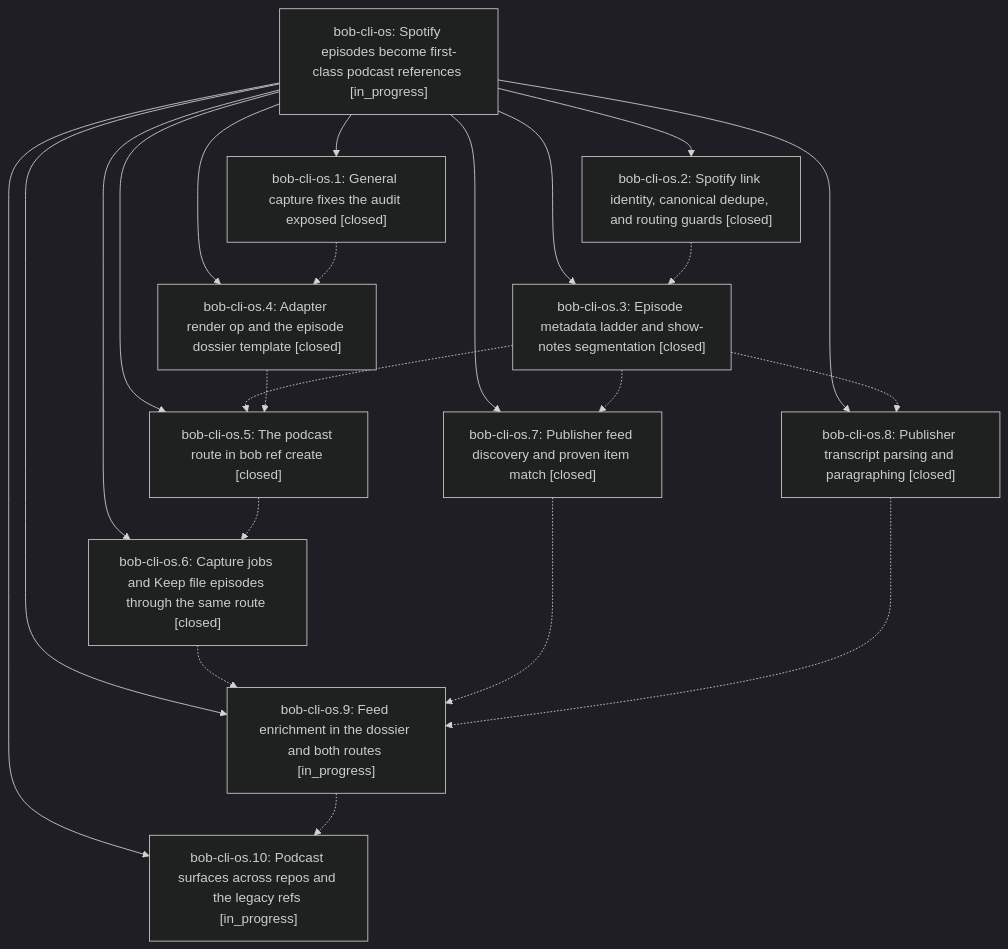
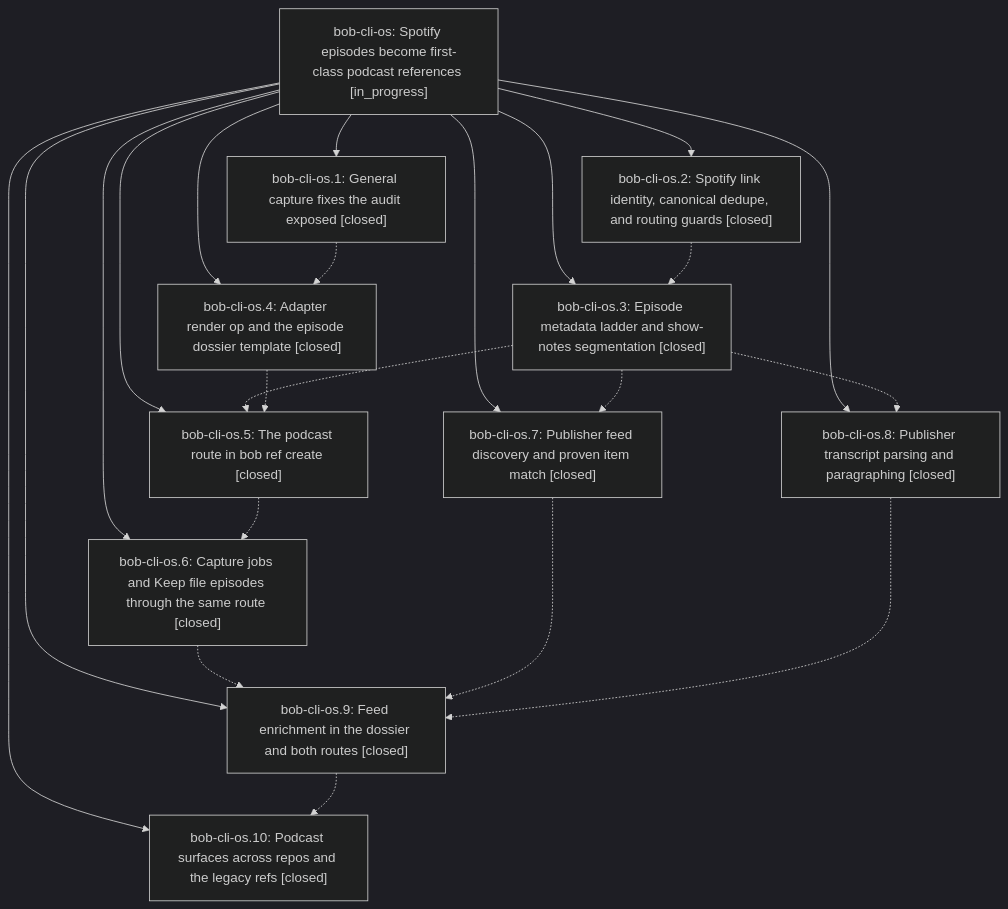
Before and after one commit to bobs-org/bob-cli--beads: the diagram in pages/bob-cli-os/README.md, drawn with Mermaid (dark theme). The commit also changed other lines of this file and 5 other files, not shown here.

First line of the commit message:
chore(beads): sync bead state and pages for bob-cli-os

````diff
--- a/pages/bob-cli-os/README.md
+++ b/pages/bob-cli-os/README.md
@@ -51,35 +51,35 @@
 ```mermaid
 flowchart TD
     n0["bob-cli-os: Spotify episodes become first-class podcast references [in_progress]"]
     n1["bob-cli-os.1: General capture fixes the audit exposed [closed]"]
-    n2["bob-cli-os.10: Podcast surfaces across repos and the legacy refs [in_progress]"]
+    n2["bob-cli-os.10: Podcast surfaces across repos and the legacy refs [closed]"]
     n3["bob-cli-os.2: Spotify link identity, canonical dedupe, and routing guards [closed]"]
     n4["bob-cli-os.3: Episode metadata ladder and show-notes segmentation [closed]"]
     n5["bob-cli-os.4: Adapter render op and the episode dossier template [closed]"]
     n6["bob-cli-os.5: The podcast route in bob ref create [closed]"]
     n7["bob-cli-os.6: Capture jobs and Keep file episodes through the same route [closed]"]
     n8["bob-cli-os.7: Publisher feed discovery and proven item match [closed]"]
     n9["bob-cli-os.8: Publisher transcript parsing and paragraphing [closed]"]
-    n10["bob-cli-os.9: Feed enrichment in the dossier and both routes [in_progress]"]
+    n10["bob-cli-os.9: Feed enrichment in the dossier and both routes [closed]"]
     n0 --> n1
     n0 --> n2
     n0 --> n3
     n0 --> n4
     n0 --> n5
     n0 --> n6
     n0 --> n7
     n0 --> n8
     n0 --> n9
     n0 --> n10
     n1 -.-> n5
     n3 -.-> n4
     n4 -.-> n6
     n4 -.-> n8
     n4 -.-> n9
     n5 -.-> n6
     n6 -.-> n7
     n7 -.-> n10
     n8 -.-> n10
     n9 -.-> n10
     n10 -.-> n2
 ```
````
